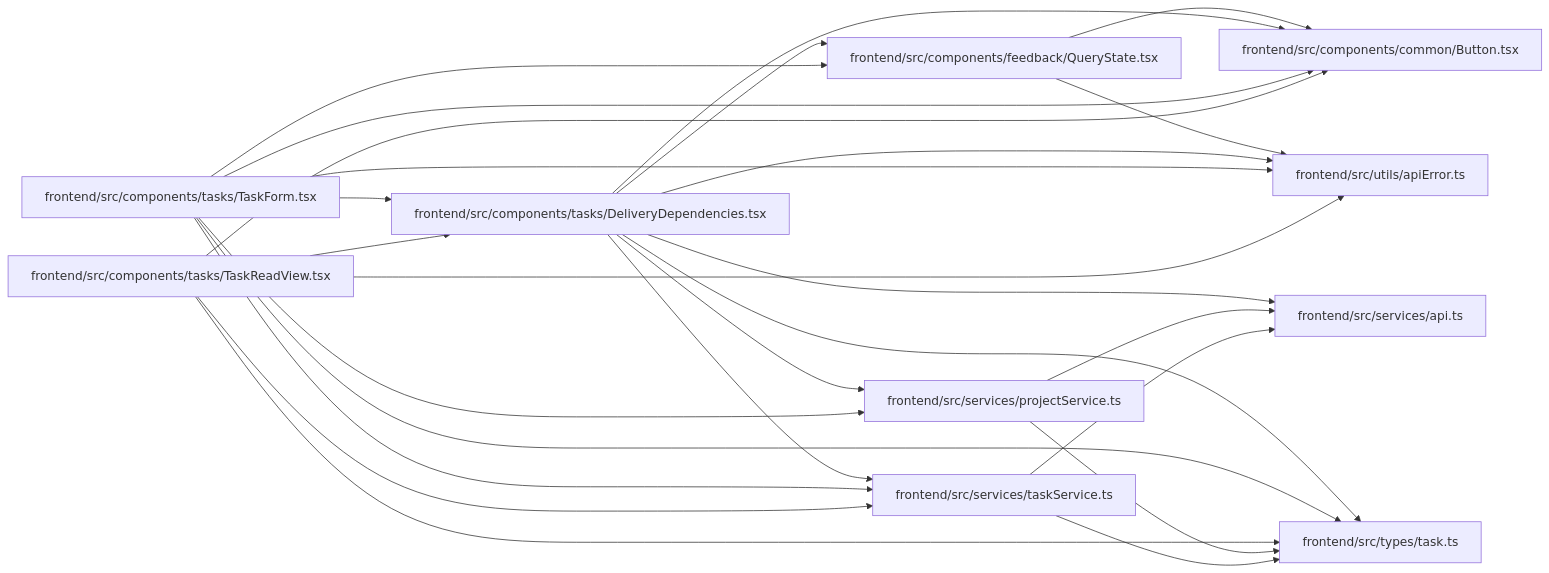
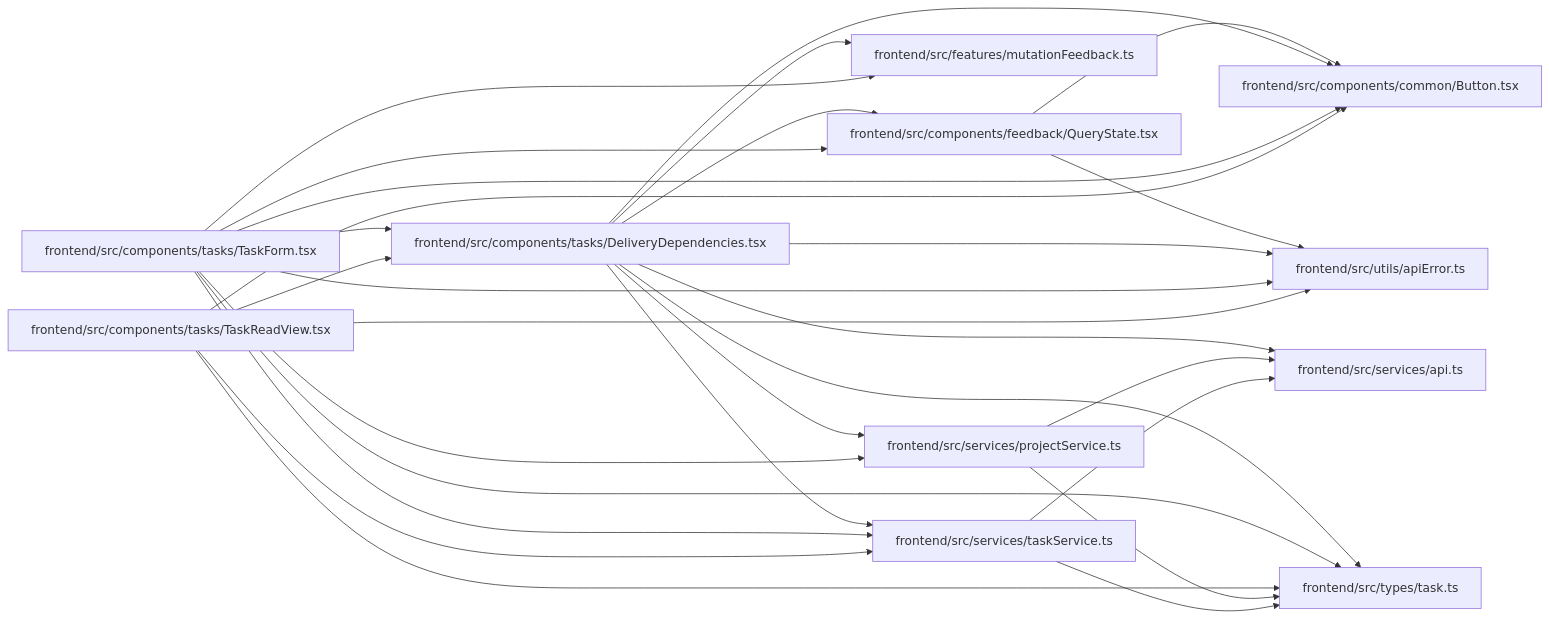
Before and after one commit to Denissvgn/WorkChord: the diagram in docs/llm_wiki/modules/DeliveryDependencies.md, drawn with Mermaid. The commit also changed other lines of this file and 372 other files, not shown here.

Commit message:
docs(wiki): refresh for mutation success feedback

````diff
--- a/docs/llm_wiki/modules/DeliveryDependencies.md
+++ b/docs/llm_wiki/modules/DeliveryDependencies.md
@@ -35,48 +36,52 @@
 ```mermaid
 flowchart LR
     n0["frontend/src/components/common/Button.tsx"]
     n1["frontend/src/components/feedback/QueryState.tsx"]
     n2["frontend/src/components/tasks/DeliveryDependencies.tsx"]
     n3["frontend/src/components/tasks/TaskForm.tsx"]
     n4["frontend/src/components/tasks/TaskReadView.tsx"]
-    n5["frontend/src/services/api.ts"]
-    n6["frontend/src/services/projectService.ts"]
-    n7["frontend/src/services/taskService.ts"]
-    n8["frontend/src/types/task.ts"]
-    n9["frontend/src/utils/apiError.ts"]
+    n5["frontend/src/features/mutationFeedback.ts"]
+    n6["frontend/src/services/api.ts"]
+    n7["frontend/src/services/projectService.ts"]
+    n8["frontend/src/services/taskService.ts"]
+    n9["frontend/src/types/task.ts"]
+    n10["frontend/src/utils/apiError.ts"]
     n1 --> n0
-    n1 --> n9
+    n1 --> n10
     n2 --> n0
     n2 --> n1
     n2 --> n5
     n2 --> n6
     n2 --> n7
     n2 --> n8
     n2 --> n9
+    n2 --> n10
     n3 --> n0
     n3 --> n1
     n3 --> n2
-    n3 --> n6
+    n3 --> n5
     n3 --> n7
     n3 --> n8
     n3 --> n9
+    n3 --> n10
     n4 --> n0
     n4 --> n2
-    n4 --> n7
     n4 --> n8
     n4 --> n9
-    n6 --> n5
-    n6 --> n8
-    n7 --> n5
-    n7 --> n8
+    n4 --> n10
+    n7 --> n6
+    n7 --> n9
+    n8 --> n6
+    n8 --> n9
     click n0 "../modules/Button.md"
     click n1 "../modules/QueryState.md"
     click n2 "../modules/DeliveryDependencies.md"
     click n3 "../modules/TaskForm.md"
     click n4 "../modules/TaskReadView.md"
-    click n5 "../modules/api.md"
-    click n6 "../modules/projectService.md"
-    click n7 "../modules/taskService.md"
-    click n8 "../modules/types_task.md"
-    click n9 "../modules/apiError.md"
+    click n5 "../modules/mutationFeedback.md"
+    click n6 "../modules/api.md"
+    click n7 "../modules/projectService.md"
+    click n8 "../modules/taskService.md"
+    click n9 "../modules/types_task.md"
+    click n10 "../modules/apiError.md"
 ```
````
